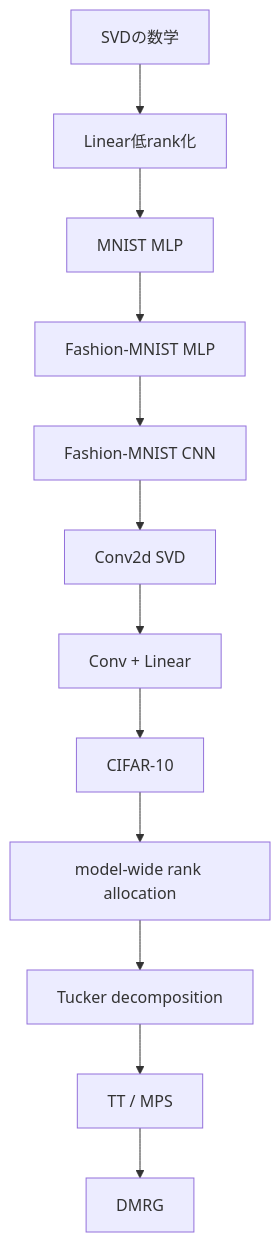
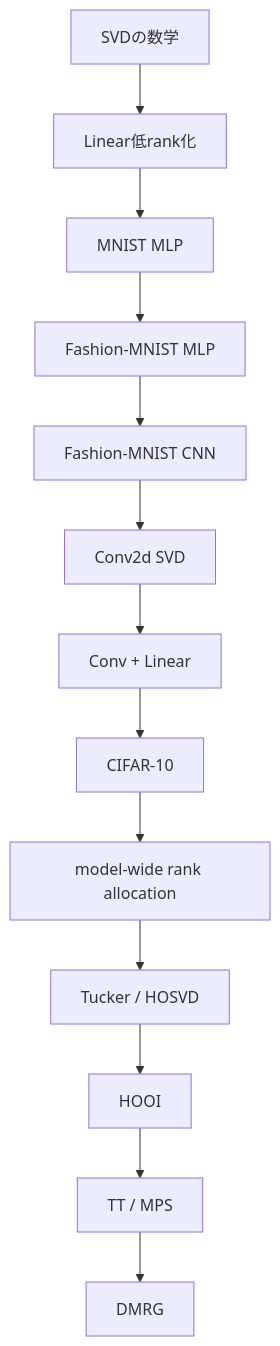
The diagram in docs/README.md (astrare2480/nn-compression-svd-dmrg), drawn with Mermaid before and after one commit. The commit also changed other lines of this file and 1 other file, not shown here.

Commit message:
docs: refine HOOI theory and update docs index

````diff
--- a/docs/README.md
+++ b/docs/README.md
@@ -112,14 +138,15 @@
 ```mermaid
 flowchart TD
     A["SVDの数学"] --> B["Linear低rank化"]
     B --> C["MNIST MLP"]
     C --> D["Fashion-MNIST MLP"]
     D --> E["Fashion-MNIST CNN"]
     E --> F["Conv2d SVD"]
     F --> G["Conv + Linear"]
     G --> H["CIFAR-10"]
     H --> I["model-wide rank allocation"]
-    I --> J["Tucker decomposition"]
-    J --> K["TT / MPS"]
+    I --> J["Tucker / HOSVD"]
+    J --> J2["HOOI"]
+    J2 --> K["TT / MPS"]
     K --> L["DMRG"]
 ```
````
